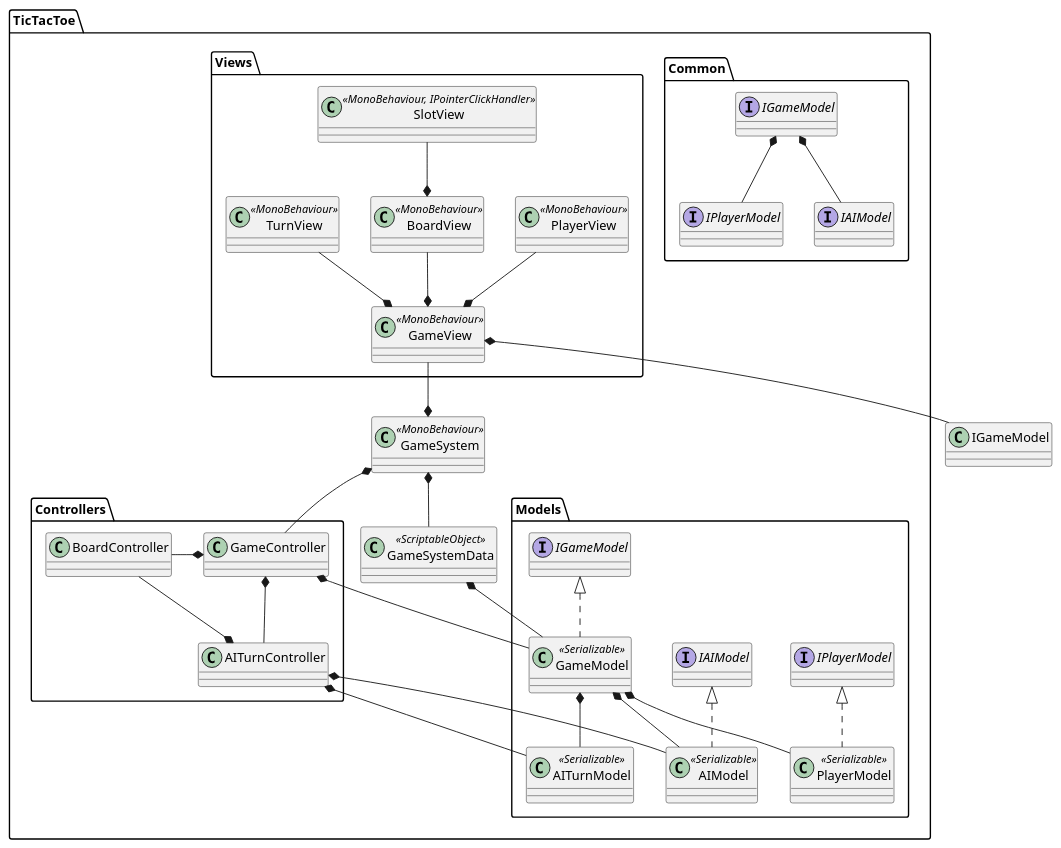
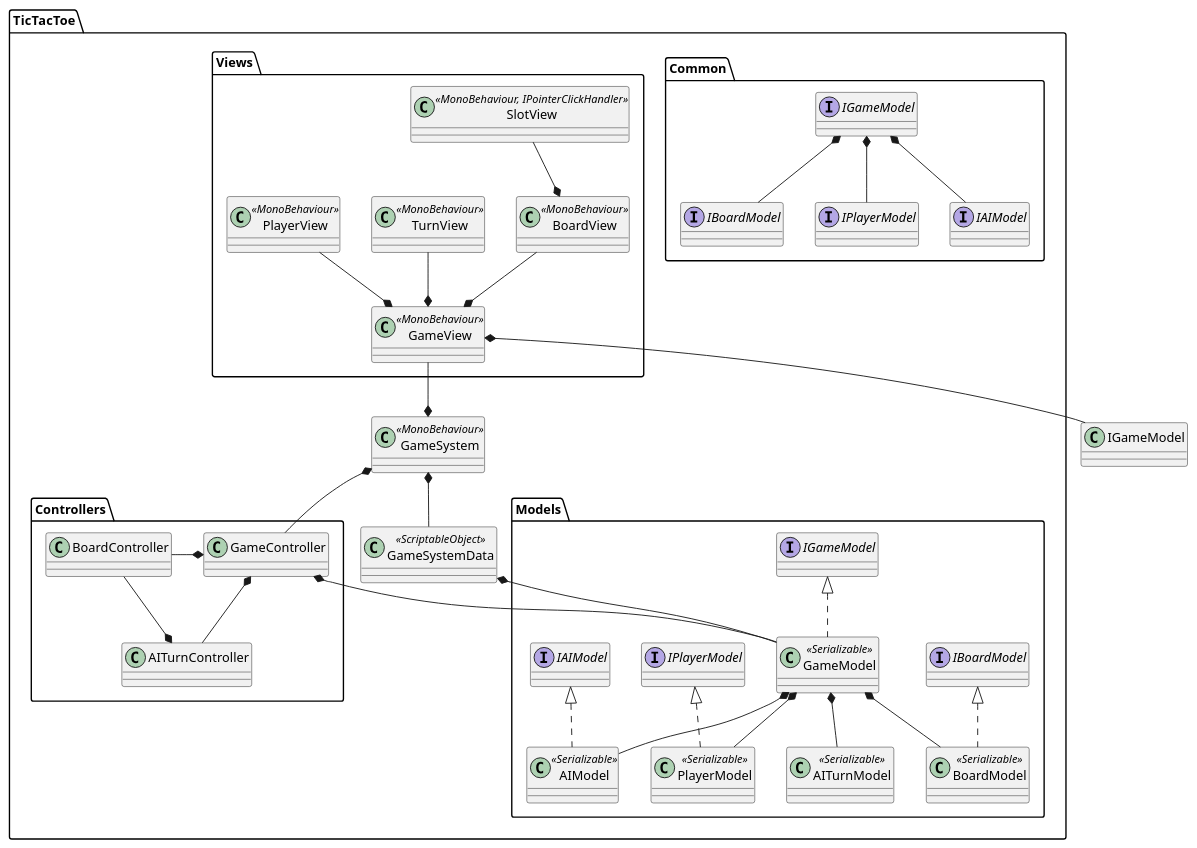
Before and after one commit to brunocoimbrar/tic-tac-toe: the diagram in Docs/TicTacToe.puml, drawn with PlantUML. The commit also changed 18 other files, not shown here.

```diff
--- a/Docs/TicTacToe.puml
+++ b/Docs/TicTacToe.puml
@@ -1,66 +1,68 @@
 @startuml
 
 package TicTacToe.Common
 {
   interface IGameModel
+  interface IBoardModel
+  interface IPlayerModel
   interface IAIModel
-  interface IPlayerModel
 }
 
 IGameModel *-- IAIModel
+IGameModel *-- IBoardModel
 IGameModel *-- IPlayerModel
 
 package TicTacToe.Models
 {
   class GameModel <<Serializable>> implements IGameModel
+  class BoardModel <<Serializable>> implements IBoardModel
+  class PlayerModel <<Serializable>> implements IPlayerModel
   class AIModel <<Serializable>> implements IAIModel
-  class PlayerModel <<Serializable>> implements IPlayerModel
   class AITurnModel <<Serializable>>
 }
 
+GameModel *-- BoardModel
 GameModel *-- AIModel
 GameModel *-- AITurnModel
 GameModel *-- PlayerModel
 
 package TicTacToe.Views
 {
   class GameView <<MonoBehaviour>>
   class BoardView <<MonoBehaviour>>
   class SlotView <<MonoBehaviour>>
   class PlayerView <<MonoBehaviour>>
   class TurnView <<MonoBehaviour>>
   class SlotView <<MonoBehaviour, IPointerClickHandler>>
 }
 
 GameView *-down- IGameModel
 GameView *-up- BoardView
 GameView *-up- PlayerView
 GameView *-up- TurnView
 BoardView *-up- SlotView
 
 package TicTacToe.Controllers
 {
   class GameController
   class AITurnController
   class BoardController
 }
 
 GameController *-- GameModel
 GameController *-- AITurnController
 GameController *-left- BoardController
 AITurnController *-- BoardController
-AITurnController *-- AITurnModel
-AITurnController *-- AIModel
 
 package TicTacToe
 {
   class GameSystem <<MonoBehaviour>>
   class GameSystemData <<ScriptableObject>>
 }
 
 GameSystem *-- GameSystemData
 GameSystem *-- GameController
 GameSystem *-up- GameView
 GameSystemData *-- GameModel
 
 @enduml
```
